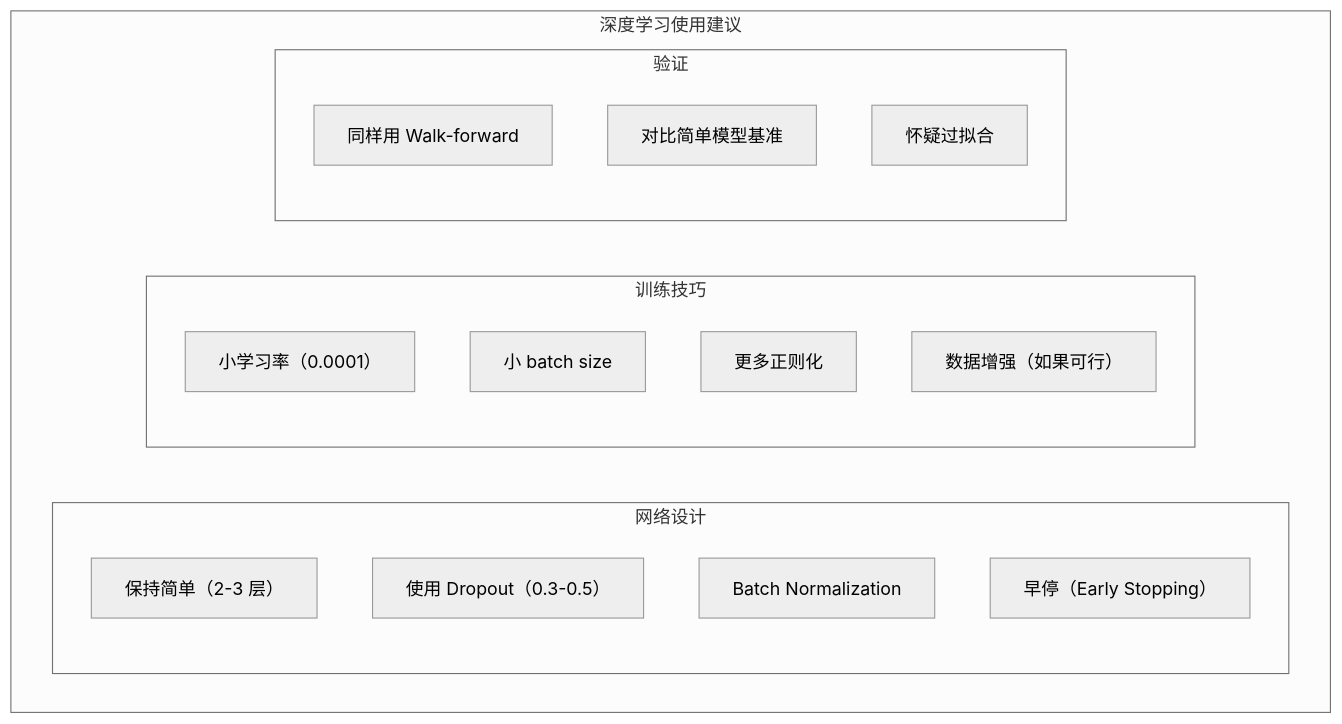
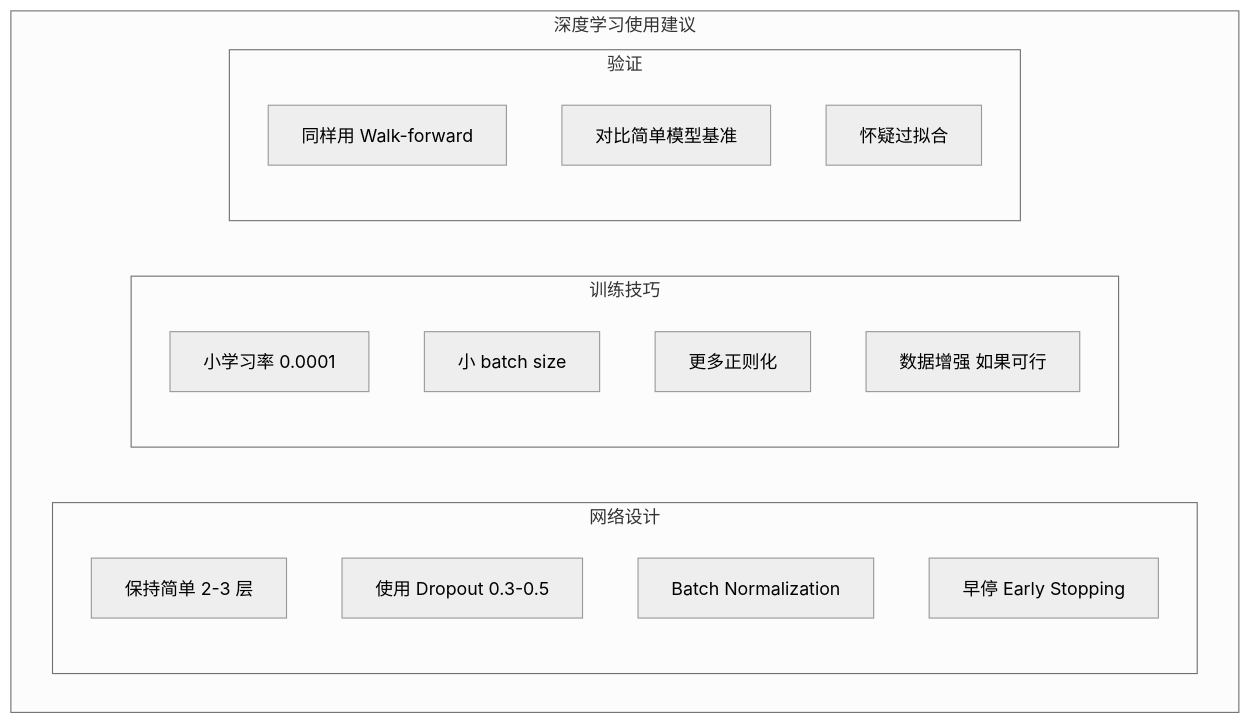
The tenth of 11 diagrams in content/articles/quant/quant-07-机器学习量化实战.md (jpixy/jpixy.github.io), drawn with Mermaid (neutral theme) before and after one commit. The commit also changed other lines of this file and 66 other files, not shown here.

Commit message:
fix: resolve Mermaid syntax errors by removing parentheses in node labels

````diff
--- a/content/articles/quant/quant-07-机器学习量化实战.md
+++ b/content/articles/quant/quant-07-机器学习量化实战.md
@@ -569,22 +569,22 @@
 ```mermaid
 graph TB
     subgraph DL建议["深度学习使用建议"]
         subgraph 网络设计
-            W1["保持简单（2-3 层）"]
-            W2["使用 Dropout（0.3-0.5）"]
+            W1["保持简单 2-3 层"]
+            W2["使用 Dropout 0.3-0.5"]
             W3["Batch Normalization"]
-            W4["早停（Early Stopping）"]
+            W4["早停 Early Stopping"]
         end
         subgraph 训练技巧
-            X1["小学习率（0.0001）"]
+            X1["小学习率 0.0001"]
             X2["小 batch size"]
             X3["更多正则化"]
-            X4["数据增强（如果可行）"]
+            X4["数据增强 如果可行"]
         end
         subgraph 验证
             Y1["同样用 Walk-forward"]
             Y2["对比简单模型基准"]
             Y3["怀疑过拟合"]
         end
     end
 ```
````
